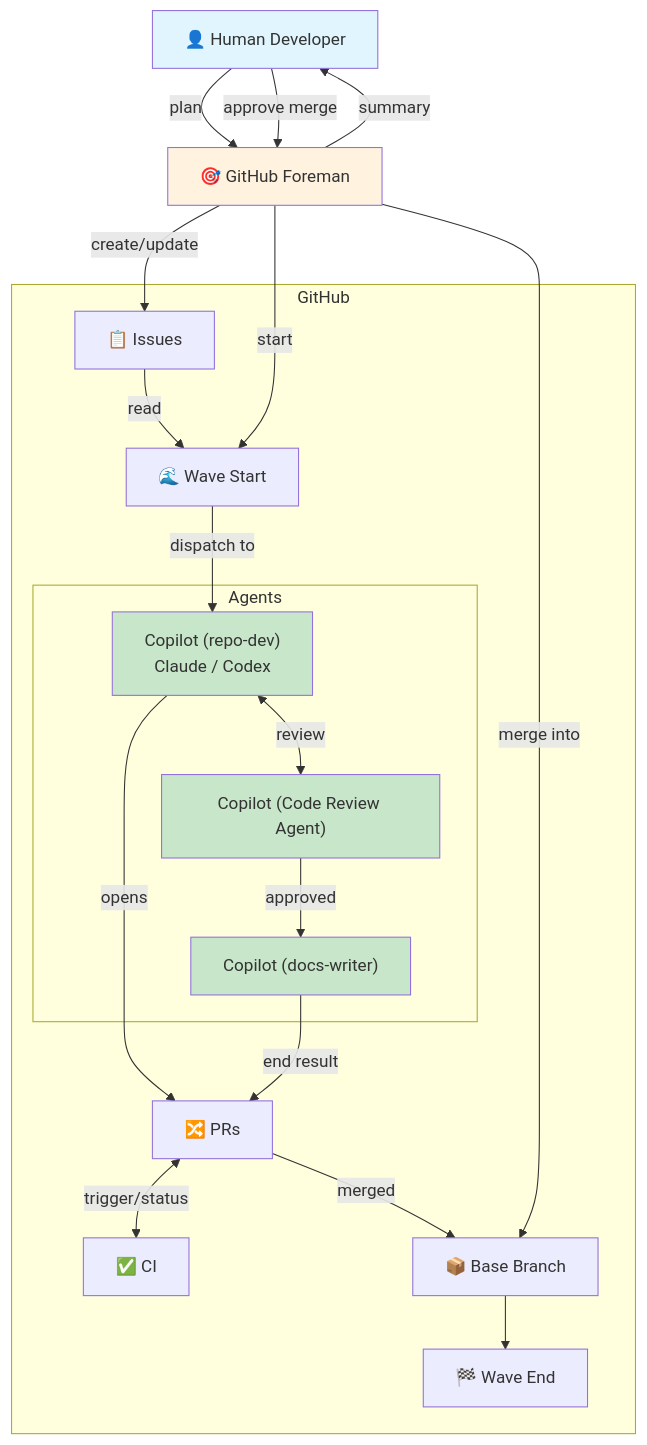
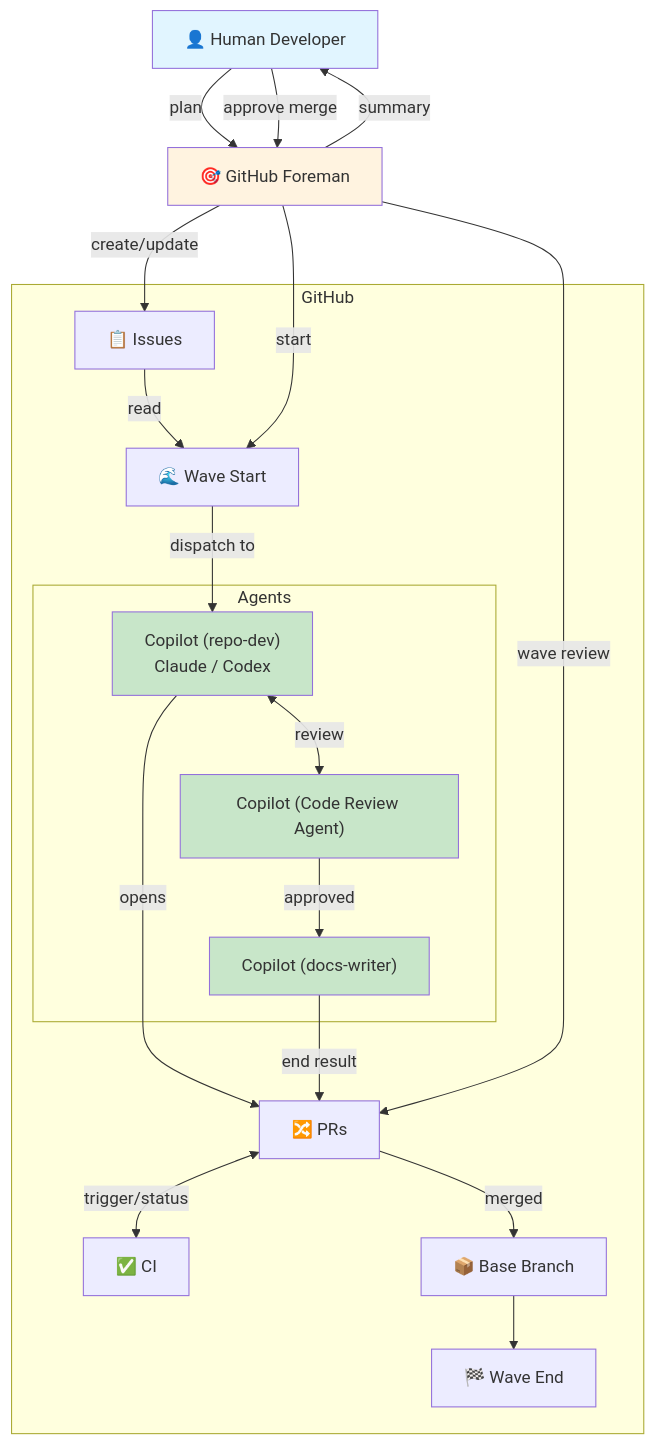
The first of 2 diagrams in README.md (ewega/github-foreman), drawn with Mermaid before and after one commit.

Commit message:
Update merge flow - wave review from Foreman to PRs
- Foreman performs 'wave review' on the PRs bubble
- Then PRs are merged into Base Branch
- Clearer: wave review is the Foreman action looking at all PRs before merge

````diff
--- a/README.md
+++ b/README.md
@@ -70,46 +70,46 @@
 ```mermaid
 graph TB
     H["👤 Human Developer"]
     F["🎯 GitHub Foreman"]
     
     subgraph github["GitHub"]
         Issues["📋 Issues"]
         WaveStart["🌊 Wave Start"]
         
         subgraph agents["Agents"]
             Working["Copilot (repo-dev)<br/>Claude / Codex"]
             CodeReview["Copilot (Code Review Agent)"]
             DW["Copilot (docs-writer)"]
         end
         
         PRs["🔀 PRs"]
         CI["✅ CI"]
         Base["📦 Base Branch"]
         WaveEnd["🏁 Wave End"]
     end
     
     H -->|"plan"| F
     F -->|"create/update"| Issues
     Issues -->|"read"| WaveStart
     F -->|"start"| WaveStart
     WaveStart -->|"dispatch to"| Working
     Working -->|"opens"| PRs
     
     Working <-->|"review"| CodeReview
     CodeReview -->|"approved"| DW
     DW -->|"end result"| PRs
     
     PRs <-->|"trigger/status"| CI
     
     F -->|"summary"| H
     H -->|"approve merge"| F
-    F -->|"merge into"| Base
+    F -->|"wave review"| PRs
     PRs -->|"merged"| Base
     Base --> WaveEnd
     
     style H fill:#e1f5ff
     style F fill:#fff3e0
     style Working fill:#c8e6c9
     style CodeReview fill:#c8e6c9
     style DW fill:#c8e6c9
 ```
````
